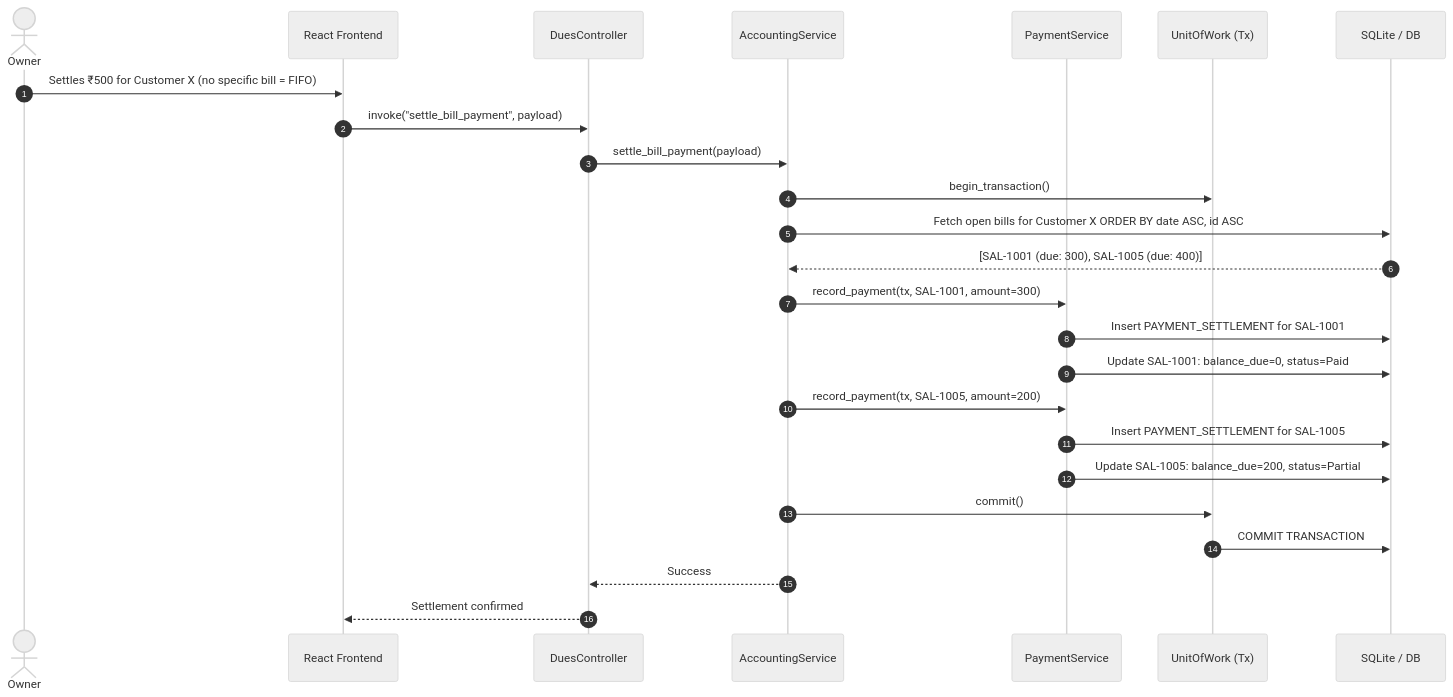
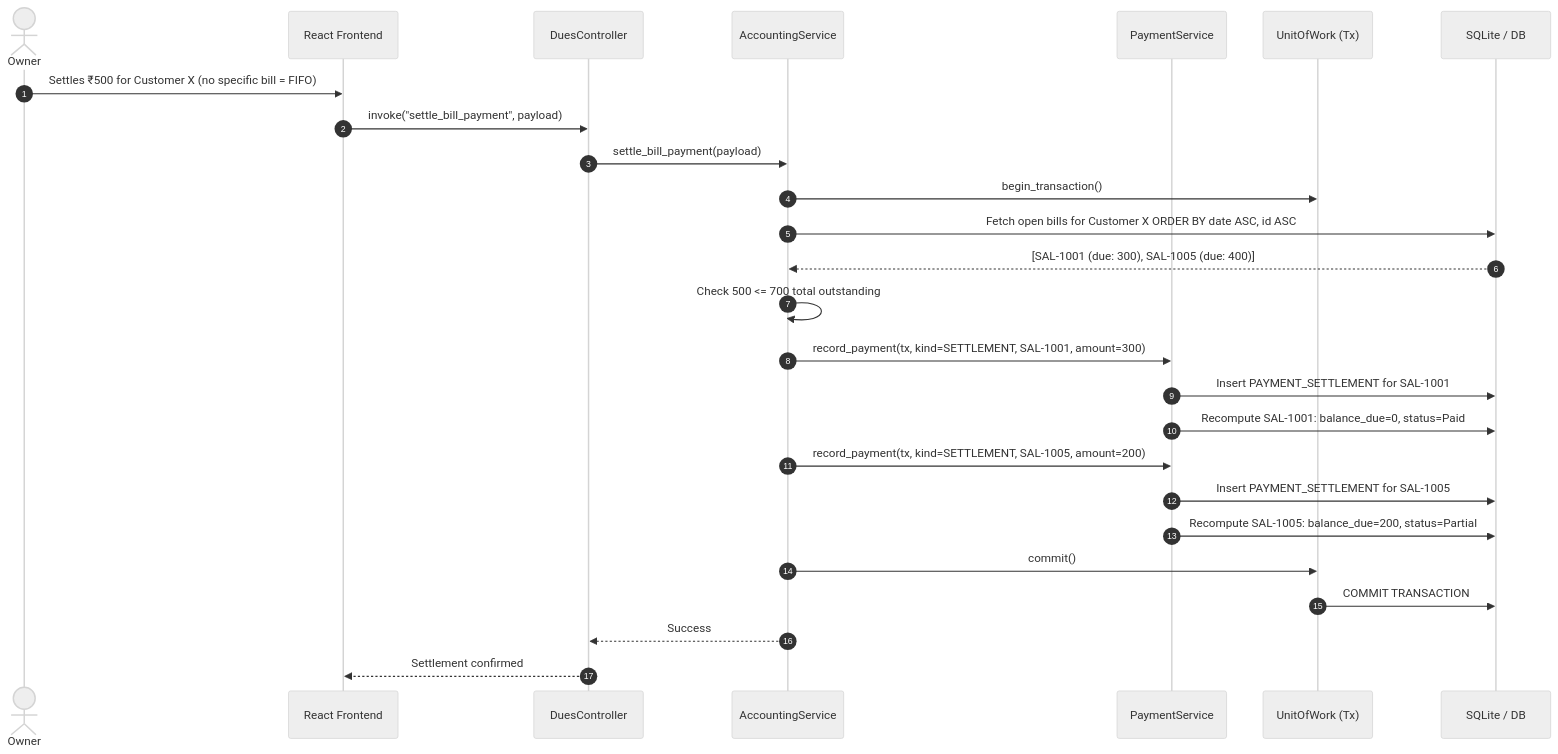
Before and after one commit to thebiz98/book_keeper: the fifth of 6 diagrams in docs/book_keeper_LLD.md, drawn with Mermaid (neutral theme). The commit also changed other lines of this file and 7 other files, not shown here.

````diff
--- a/docs/book_keeper_LLD.md
+++ b/docs/book_keeper_LLD.md
@@ -1632,32 +1828,33 @@
 ```mermaid
 sequenceDiagram
     autonumber
     actor Owner
     participant UI as React Frontend
     participant DC as DuesController
     participant AS as AccountingService
     participant PS as PaymentService
     participant UOW as UnitOfWork (Tx)
     participant DB as SQLite / DB
 
     Owner->>UI: Settles ₹500 for Customer X (no specific bill = FIFO)
     UI->>DC: invoke("settle_bill_payment", payload)
     DC->>AS: settle_bill_payment(payload)
     AS->>UOW: begin_transaction()
 
     AS->>DB: Fetch open bills for Customer X ORDER BY date ASC, id ASC
     DB-->>AS: [SAL-1001 (due: 300), SAL-1005 (due: 400)]
+    AS->>AS: Check 500 <= 700 total outstanding
 
-    AS->>PS: record_payment(tx, SAL-1001, amount=300)
+    AS->>PS: record_payment(tx, kind=SETTLEMENT, SAL-1001, amount=300)
     PS->>DB: Insert PAYMENT_SETTLEMENT for SAL-1001
-    PS->>DB: Update SAL-1001: balance_due=0, status=Paid
+    PS->>DB: Recompute SAL-1001: balance_due=0, status=Paid
 
-    AS->>PS: record_payment(tx, SAL-1005, amount=200)
+    AS->>PS: record_payment(tx, kind=SETTLEMENT, SAL-1005, amount=200)
     PS->>DB: Insert PAYMENT_SETTLEMENT for SAL-1005
-    PS->>DB: Update SAL-1005: balance_due=200, status=Partial
+    PS->>DB: Recompute SAL-1005: balance_due=200, status=Partial
 
     AS->>UOW: commit()
     UOW->>DB: COMMIT TRANSACTION
     AS-->>DC: Success
     DC-->>UI: Settlement confirmed
 ```
````
